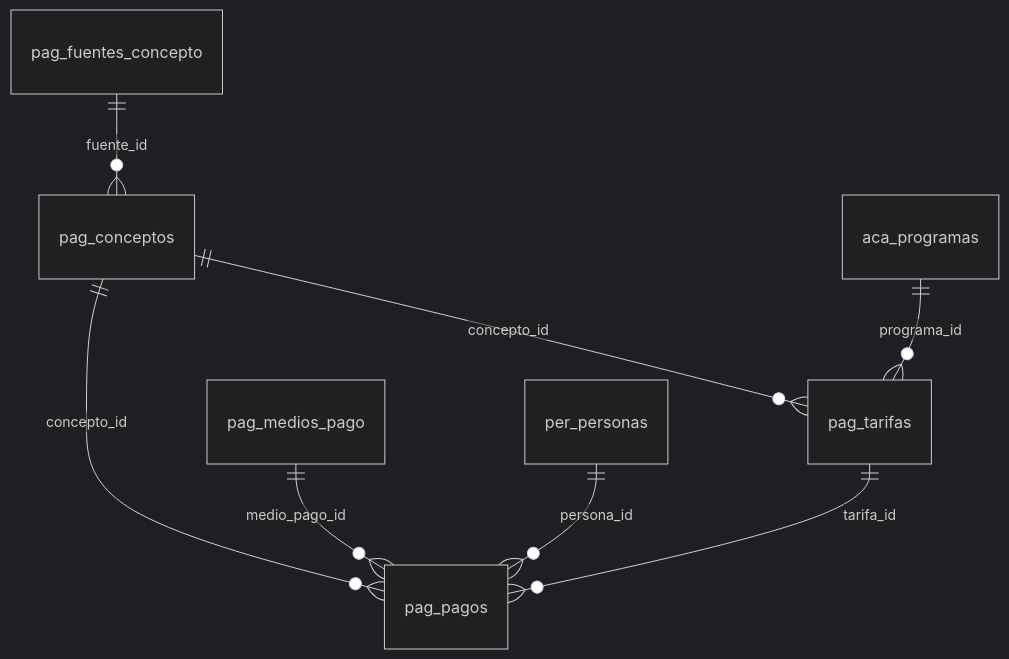
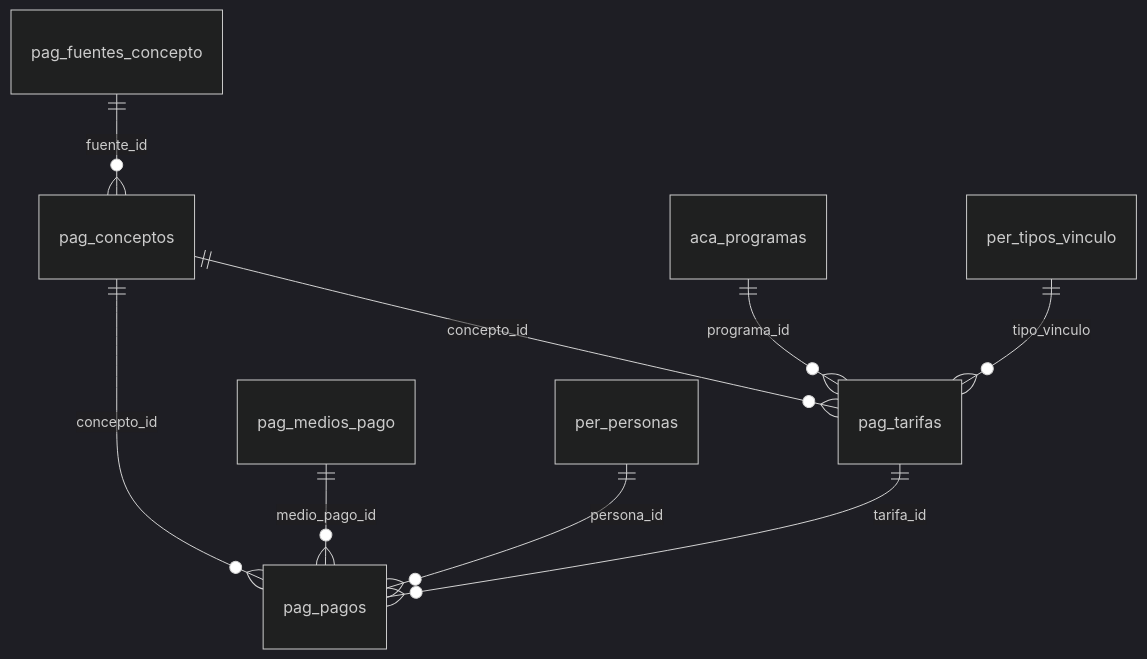
Before and after one commit to YomelBarretoFlores/cid-system: the fourth of 8 diagrams in docs/manuales/diccionario-de-datos.md, drawn with Mermaid (dark theme). The commit also changed other lines of this file and 11 other files, not shown here.

````diff
--- a/docs/manuales/diccionario-de-datos.md
+++ b/docs/manuales/diccionario-de-datos.md
@@ -643,10 +797,11 @@
 ```mermaid
 erDiagram
     pag_fuentes_concepto ||--o{ pag_conceptos : "fuente_id"
     pag_conceptos ||--o{ pag_pagos : "concepto_id"
     pag_medios_pago ||--o{ pag_pagos : "medio_pago_id"
     per_personas ||--o{ pag_pagos : "persona_id"
     pag_tarifas ||--o{ pag_pagos : "tarifa_id"
     pag_conceptos ||--o{ pag_tarifas : "concepto_id"
     aca_programas ||--o{ pag_tarifas : "programa_id"
+    per_tipos_vinculo ||--o{ pag_tarifas : "tipo_vinculo"
 ```
````
